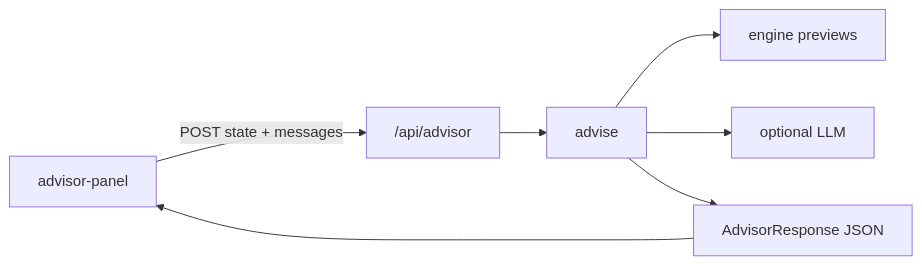
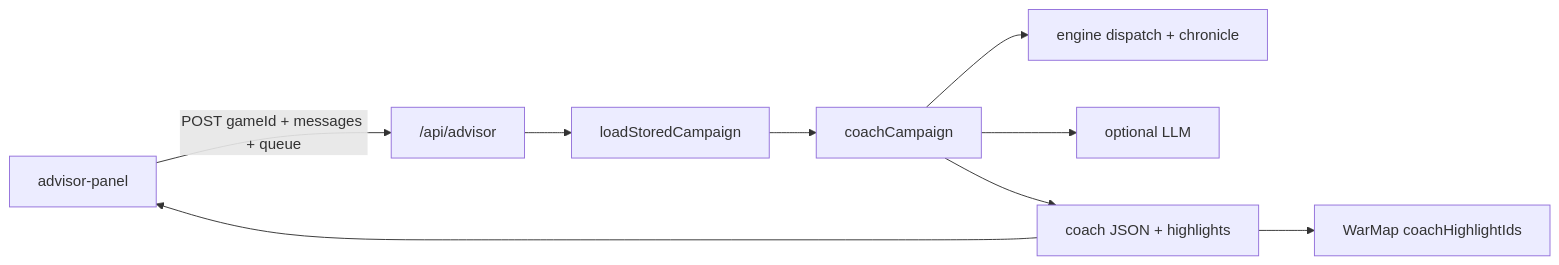
Before and after one commit to raymondymmak/ostfront: the second of 2 diagrams in ARCHITECTURE.md, drawn with Mermaid. The commit also changed other lines of this file and 32 other files, not shown here.

First line of the commit message:
Phase 2E round 1: campaign coach (no orders) (#66)

````diff
--- a/ARCHITECTURE.md
+++ b/ARCHITECTURE.md
@@ -182,9 +184,11 @@
 ```mermaid
 flowchart LR
-  A["advisor-panel"] -->|"POST state + messages"| B["/api/advisor"]
-  B --> C["advise"]
-  C --> D["engine previews"]
+  A["advisor-panel"] -->|"POST gameId + messages + queue"| B["/api/advisor"]
+  B --> S["loadStoredCampaign"]
+  S --> C["coachCampaign"]
+  C --> D["engine dispatch + chronicle"]
   C --> E["optional LLM"]
-  C --> F["AdvisorResponse JSON"]
+  C --> F["coach JSON + highlights"]
   F --> A
+  F --> M["WarMap coachHighlightIds"]
 ```
````
